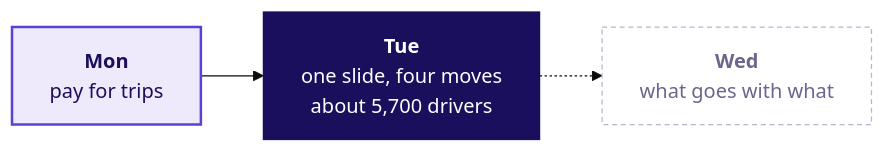
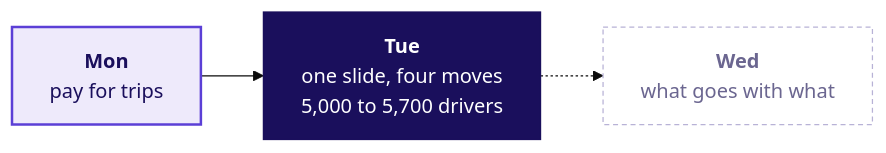
Before and after one commit to fde-academy-lab/c2-content-factory: the sixth of 6 diagrams in content/W04/D2/slides/C2_W04_D02_half2_STUDENT.md, drawn with Mermaid (base theme). The commit also changed other lines of this file and 18 other files, not shown here.

````diff
--- a/content/W04/D2/slides/C2_W04_D02_half2_STUDENT.md
+++ b/content/W04/D2/slides/C2_W04_D02_half2_STUDENT.md
@@ -318,11 +322,11 @@
 ```mermaid
 flowchart LR
-    M["<b>Mon</b><br/>pay for trips"] --> T["<b>Tue</b><br/>one slide, four moves<br/>about 5,700 drivers"]
+    M["<b>Mon</b><br/>pay for trips"] --> T["<b>Tue</b><br/>one slide, four moves<br/>5,000 to 5,700 drivers"]
     T -.-> W["<b>Wed</b><br/>what goes with what"]
     classDef known fill:#EEEAFB,stroke:#5B3FD6,color:#1A0F5C,stroke-width:2px
     classDef lit fill:#1A0F5C,stroke:#1A0F5C,color:#FFFFFF
     classDef unknown fill:#FFFFFF,stroke:#B8B2D6,color:#6B6690,stroke-dasharray:4 3
     class M known
     class T lit
     class W unknown
 ```
````
